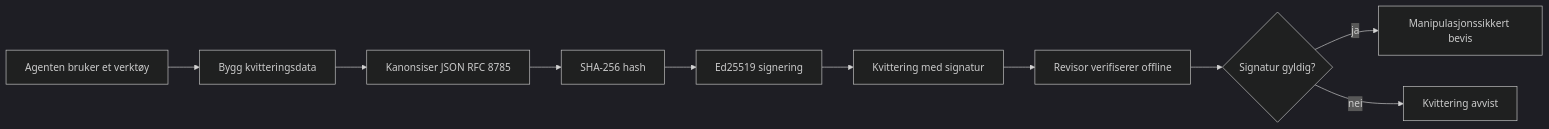
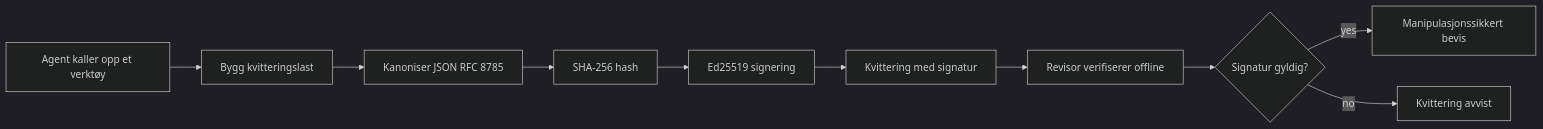
Before and after one commit to microsoft/ai-agents-for-beginners: the first of 2 diagrams in translations/no/18-securing-ai-agents/README.md, drawn with Mermaid (dark theme). The commit also changed other lines of this file and 224 other files, not shown here.

````diff
--- a/translations/no/18-securing-ai-agents/README.md
+++ b/translations/no/18-securing-ai-agents/README.md
@@ -51,12 +51,12 @@
 ```mermaid
 flowchart LR
-    A[Agenten bruker et verktøy] --> B[Bygg kvitteringsdata]
-    B --> C[Kanonsiser JSON RFC 8785]
+    A[Agent kaller opp et verktøy] --> B[Bygg kvitteringslast]
+    B --> C[Kanoniser JSON RFC 8785]
     C --> D[SHA-256 hash]
     D --> E[Ed25519 signering]
     E --> F[Kvittering med signatur]
     F --> G[Revisor verifiserer offline]
     G --> H{Signatur gyldig?}
-    H -- ja --> I[Manipulasjonssikkert bevis]
-    H -- nei --> J[Kvittering avvist]
+    H -- yes --> I[Manipulasjonssikkert bevis]
+    H -- no --> J[Kvittering avvist]
 ```
````
